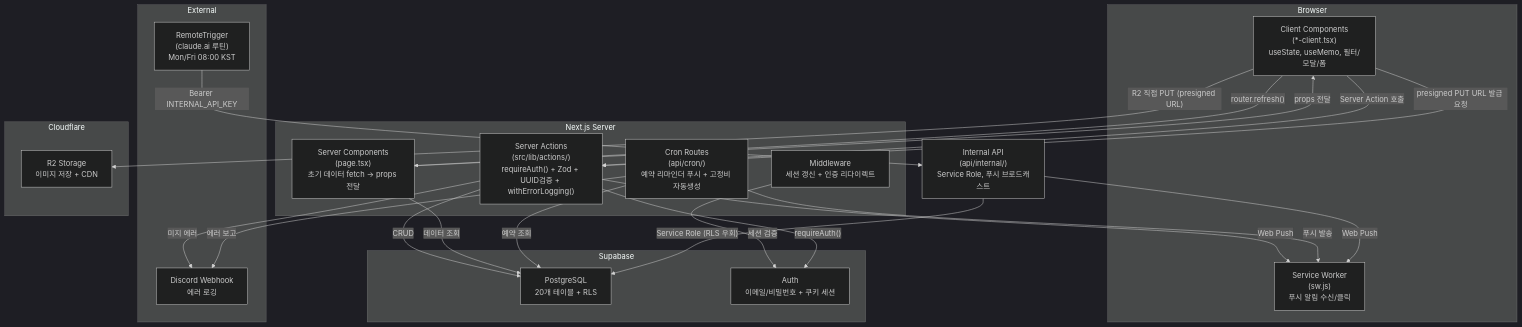
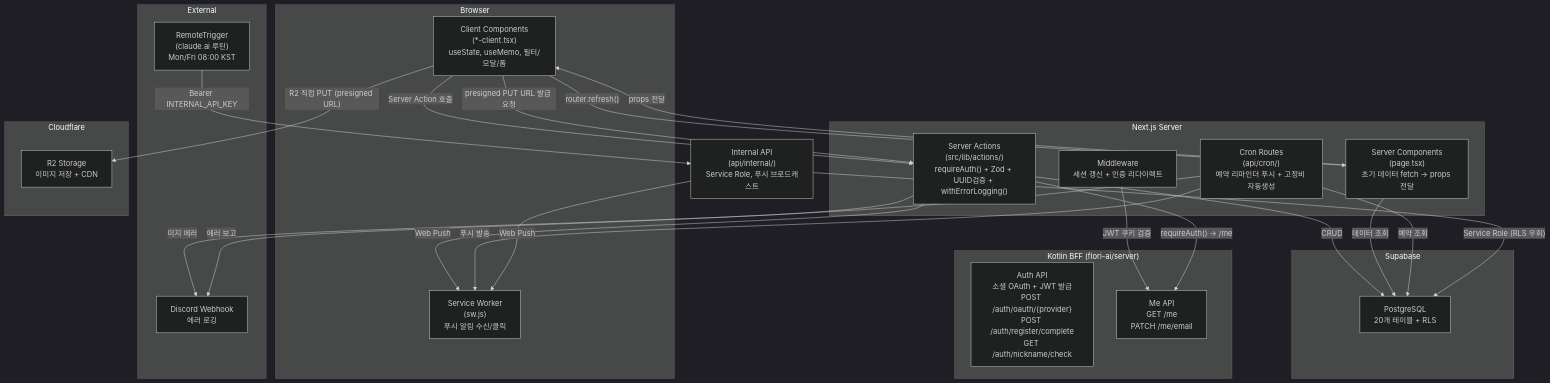
The first of 5 diagrams in docs/ARCHITECTURE.md (flori-ai-kr/web), drawn with Mermaid (dark theme) before and after one commit. The commit also changed other lines of this file and 41 other files, not shown here.

````diff
--- a/docs/ARCHITECTURE.md
+++ b/docs/ARCHITECTURE.md
@@ -11,46 +11,50 @@
 ```mermaid
 graph TB
     subgraph Browser
         CC["Client Components<br/>(*-client.tsx)<br/>useState, useMemo, 필터/모달/폼"]
         SW["Service Worker<br/>(sw.js)<br/>푸시 알림 수신/클릭"]
     end
 
     subgraph NextServer["Next.js Server"]
         MW["Middleware<br/>세션 갱신 + 인증 리다이렉트"]
         SC["Server Components<br/>(page.tsx)<br/>초기 데이터 fetch → props 전달"]
         SA["Server Actions<br/>(src/lib/actions/)<br/>requireAuth() + Zod + UUID검증 + withErrorLogging()"]
         CR["Cron Routes<br/>(api/cron/)<br/>예약 리마인더 푸시 + 고정비 자동생성"]
     end
 
     subgraph External
         DC["Discord Webhook<br/>에러 로깅"]
         RT["RemoteTrigger<br/>(claude.ai 루틴)<br/>Mon/Fri 08:00 KST"]
     end
 
     subgraph Supabase
         PG["PostgreSQL<br/>20개 테이블 + RLS"]
-        AU["Auth<br/>이메일/비밀번호 + 쿠키 세션"]
+    end
+
+    subgraph KotlinBFF["Kotlin BFF (flori-ai/server)"]
+        KA["Auth API<br/>소셜 OAuth + JWT 발급<br/>POST /auth/oauth/{provider}<br/>POST /auth/register/complete<br/>GET /auth/nickname/check"]
+        KM["Me API<br/>GET /me<br/>PATCH /me/email"]
     end
 
     subgraph Cloudflare
         R2["R2 Storage<br/>이미지 저장 + CDN"]
     end
 
     CC -->|"Server Action 호출"| SA
     CC -->|"presigned PUT URL 발급 요청"| SA
     CC -->|"R2 직접 PUT (presigned URL)"| R2
     CC -->|"router.refresh()"| SC
     SC -->|"props 전달"| CC
-    MW -->|"세션 검증"| AU
-    SA -->|"requireAuth()"| AU
+    MW -->|"JWT 쿠키 검증"| KM
+    SA -->|"requireAuth() → /me"| KM
     SA -->|"CRUD"| PG
     SA -->|"미지 에러"| DC
     SA -->|"Web Push"| SW
     SC -->|"데이터 조회"| PG
     CR -->|"예약 조회"| PG
     CR -->|"푸시 발송"| SW
     CR -->|"에러 보고"| DC
     RT -->|"Bearer INTERNAL_API_KEY"| IA["Internal API<br/>(api/internal/)<br/>Service Role, 푸시 브로드캐스트"]
     IA -->|"Service Role (RLS 우회)"| PG
     IA -->|"Web Push"| SW
 ```
````
